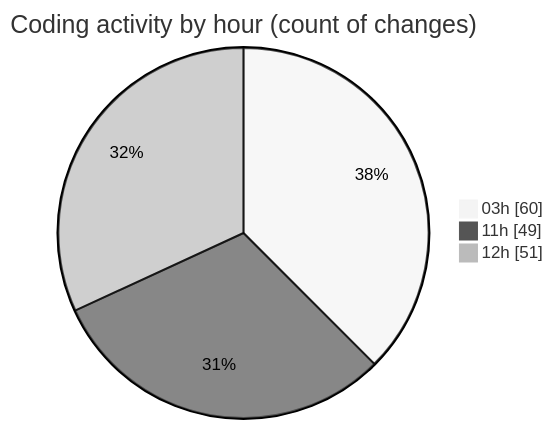
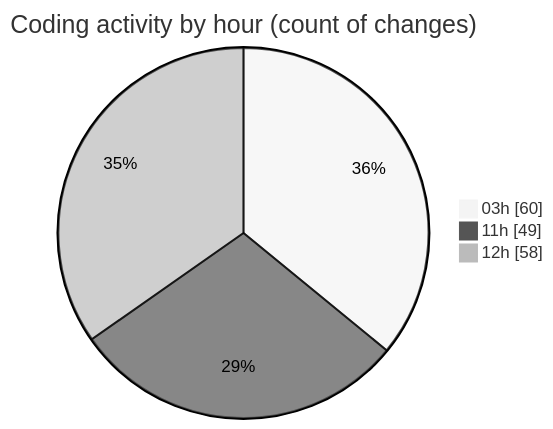
Before and after one commit to Ritupan-Deka/code-tracking: the second of 2 diagrams in 2025-07-02/mern-thinkboard/README.md, drawn with Mermaid (neutral theme). The commit also changed other lines of this file and 1 other file, not shown here.

````diff
--- a/2025-07-02/mern-thinkboard/README.md
+++ b/2025-07-02/mern-thinkboard/README.md
@@ -38,7 +38,7 @@
 ```mermaid
 pie showData
 title Coding activity by hour (count of changes)
 "03h" : 60
 "11h" : 49
-"12h" : 51
+"12h" : 58
 ```
````
